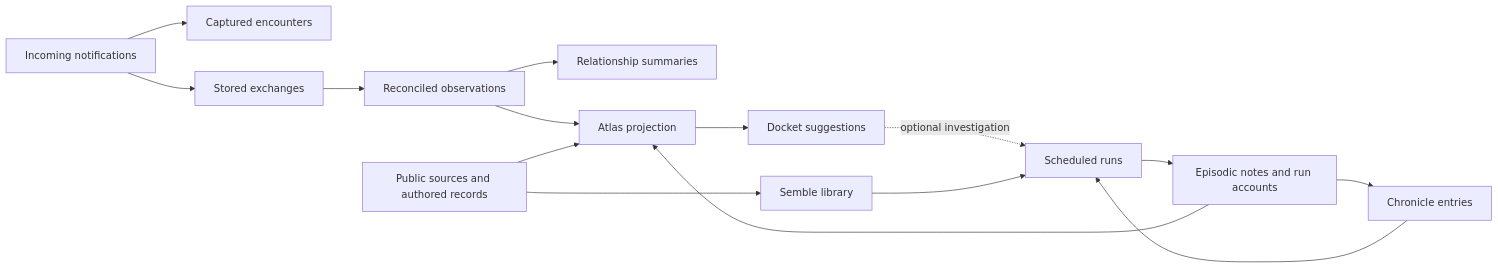
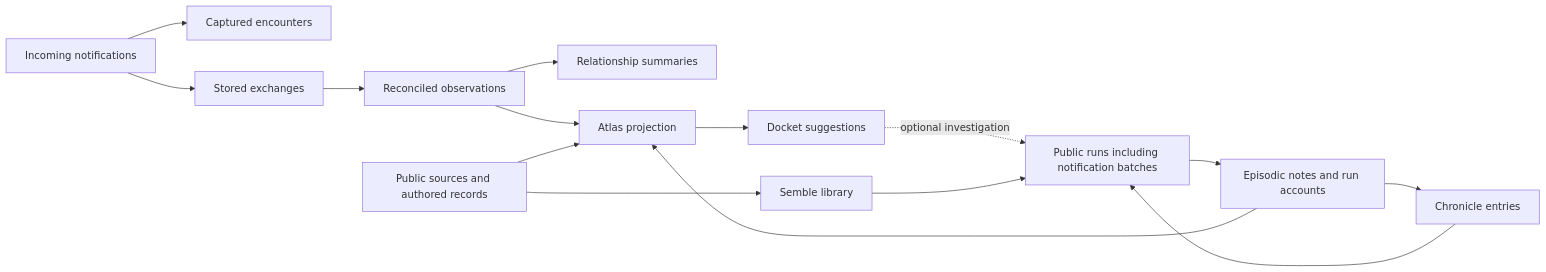
The diagram in docs/memory.md (zzstoatzz/bot), drawn with Mermaid before and after one commit. The commit also changed other lines of this file and 3 other files, not shown here.

Commit message:
memory: retain public notification run summaries

````diff
--- a/docs/memory.md
+++ b/docs/memory.md
@@ -48,17 +48,17 @@
 ```mermaid
 flowchart LR
     incoming[Incoming notifications] --> encounters[Captured encounters]
     incoming --> exchanges[Stored exchanges]
     exchanges --> observations[Reconciled observations]
     observations --> summaries[Relationship summaries]
-    runs[Scheduled runs] --> episodic[Episodic notes and run accounts]
+    runs[Public runs including notification batches] --> episodic[Episodic notes and run accounts]
     episodic --> chronicle[Chronicle entries]
     chronicle --> runs
     authored[Public sources and authored records] --> library[Semble library]
     observations --> atlas[Atlas projection]
     episodic --> atlas
     authored --> atlas
     atlas --> docket[Docket suggestions]
     docket -. optional investigation .-> runs
     library --> runs
 ```
````
